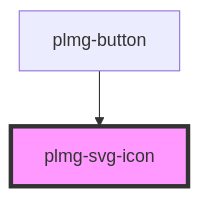
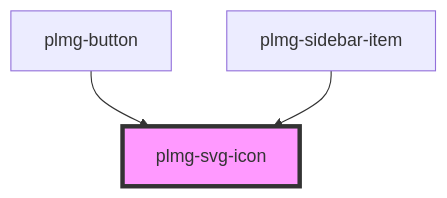
The diagram in packages/component-library/src/components/plmg-svg-icon/readme.md (DuckyTeam/Plumage), drawn with Mermaid before and after one commit. The commit also changed other lines of this file and 35 other files, not shown here.

````diff
--- a/packages/component-library/src/components/plmg-svg-icon/readme.md
+++ b/packages/component-library/src/components/plmg-svg-icon/readme.md
@@ -24,5 +25,6 @@
 ```mermaid
 graph TD;
   plmg-button --> plmg-svg-icon
+  plmg-sidebar-item --> plmg-svg-icon
   style plmg-svg-icon fill:#f9f,stroke:#333,stroke-width:4px
 ```
````
